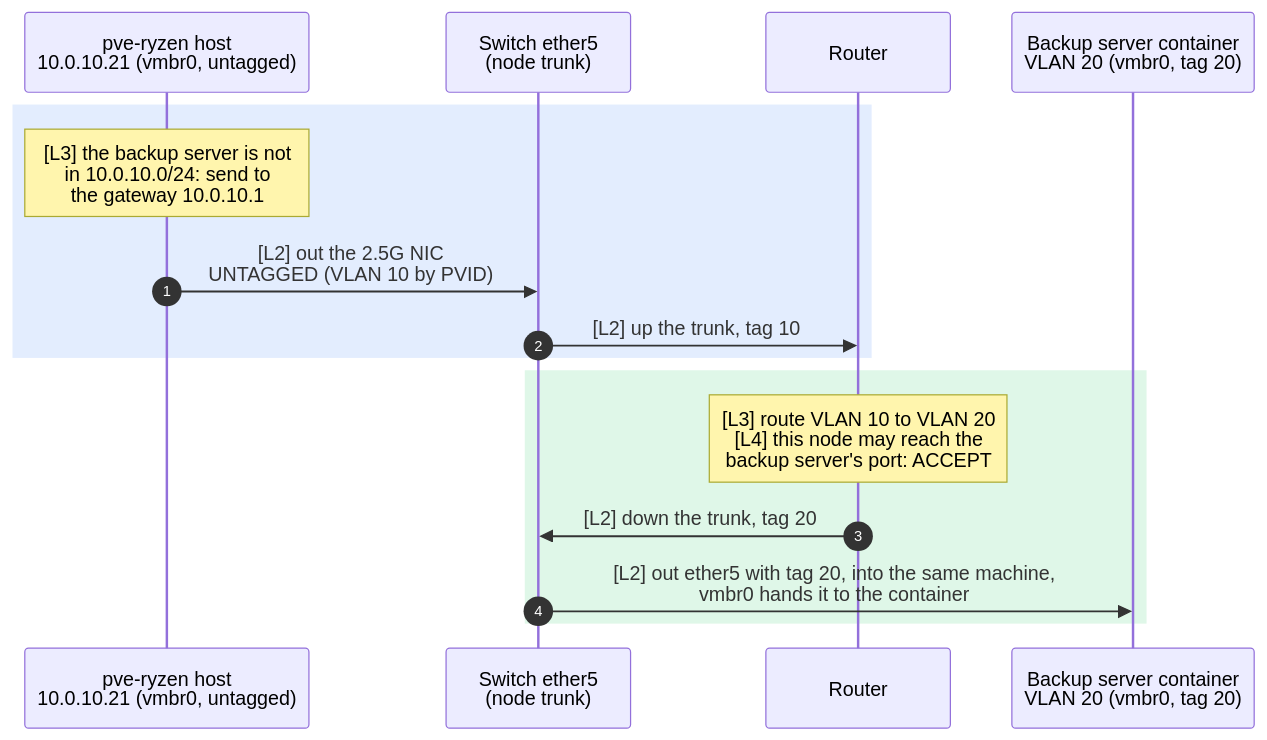
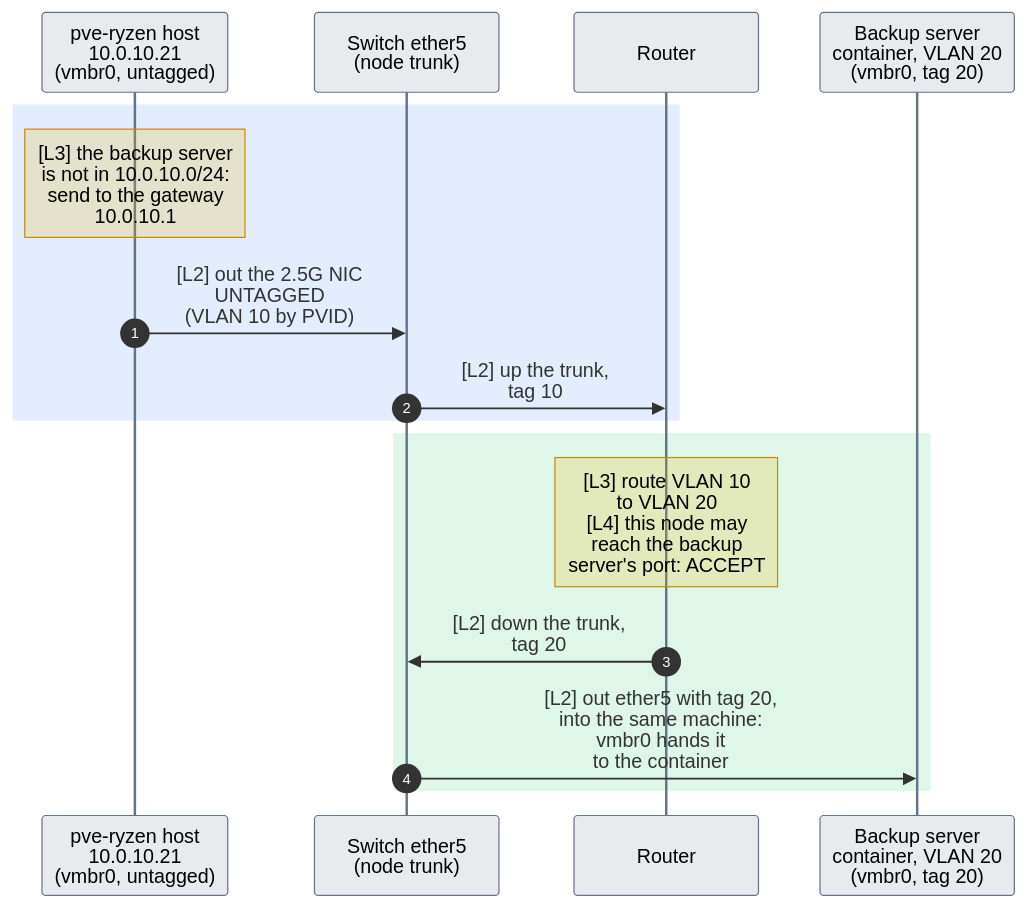
Before and after one commit to mithun3/tech-blog: the second of 3 diagrams in content/pages/networking/basics/network-topologies.mdx, drawn with Mermaid. The commit also changed other lines of this file and 8 other files, not shown here.

Commit message:
mermaid updates.

````diff
--- a/content/pages/networking/basics/network-topologies.mdx
+++ b/content/pages/networking/basics/network-topologies.mdx
@@ -42,18 +57,34 @@
 ```mermaid
+---
+config:
+  look: classic
+  fontFamily: "system-ui, -apple-system, Segoe UI, Roboto, Helvetica, Arial, sans-serif"
+  themeCSS: "rect.actor, rect.note { rx: 6px; ry: 6px; }"
+  themeVariables:
+    actorBkg: "#64748b26"
+    actorBorder: "#64748b"
+    actorLineColor: "#64748b"
+    noteBkgColor: "#eab30833"
+    noteBorderColor: "#ca8a04"
+    labelBoxBkgColor: "#64748b33"
+    labelBoxBorderColor: "#64748b"
+    activationBkgColor: "#64748b40"
+    activationBorderColor: "#64748b"
+---
 sequenceDiagram
     autonumber
-    participant H as pve-ryzen host<br/>10.0.10.21 (vmbr0, untagged)
+    participant H as pve-ryzen host<br/>10.0.10.21<br/>(vmbr0, untagged)
     participant CR as Switch ether5<br/>(node trunk)
     participant RB as Router
-    participant PBS as Backup server container<br/>VLAN 20 (vmbr0, tag 20)
+    participant PBS as Backup server<br/>container, VLAN 20<br/>(vmbr0, tag 20)
     rect rgba(59, 130, 246, 0.14)
-    Note over H: [L3] the backup server is not<br/>in 10.0.10.0/24: send to<br/>the gateway 10.0.10.1
-    H->>CR: [L2] out the 2.5G NIC<br/>UNTAGGED (VLAN 10 by PVID)
-    CR->>RB: [L2] up the trunk, tag 10
+    Note over H: [L3] the backup server<br/>is not in 10.0.10.0/24:<br/>send to the gateway<br/>10.0.10.1
+    H->>CR: [L2] out the 2.5G NIC<br/>UNTAGGED<br/>(VLAN 10 by PVID)
+    CR->>RB: [L2] up the trunk,<br/>tag 10
     end
     rect rgba(34, 197, 94, 0.14)
-    Note over RB: [L3] route VLAN 10 to VLAN 20<br/>[L4] this node may reach the<br/>backup server's port: ACCEPT
-    RB->>CR: [L2] down the trunk, tag 20
-    CR->>PBS: [L2] out ether5 with tag 20, into the same machine,<br/>vmbr0 hands it to the container
+    Note over RB: [L3] route VLAN 10<br/>to VLAN 20<br/>[L4] this node may<br/>reach the backup<br/>server's port: ACCEPT
+    RB->>CR: [L2] down the trunk,<br/>tag 20
+    CR->>PBS: [L2] out ether5 with tag 20,<br/>into the same machine:<br/>vmbr0 hands it<br/>to the container
     end
 ```
````
